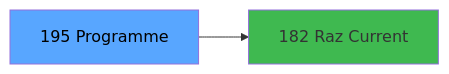
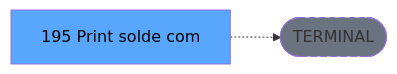
One commit to thonyAGP/lecteur-magic changed the third of 3 diagrams in .openspec/renders/ADH-IDE-195.md. Above: the diagram before and after it, drawn with Mermaid. The commit also changed other lines of this file and 701 other files, not shown here.

````diff
--- a/.openspec/renders/ADH-IDE-195.md
+++ b/.openspec/renders/ADH-IDE-195.md
@@ -156,8 +143,8 @@
 ```mermaid
 graph LR
-    T[195 Programme]
-    C182[182 Raz Current ]
-    T --> C182
+    T[195 Print solde com]
+    TERM([TERMINAL])
+    T -.-> TERM
+    style TERM fill:#6b7280,stroke-dasharray: 5 5
     style T fill:#58a6ff,color:#000
-    style C182 fill:#3fb950
 ```
````
